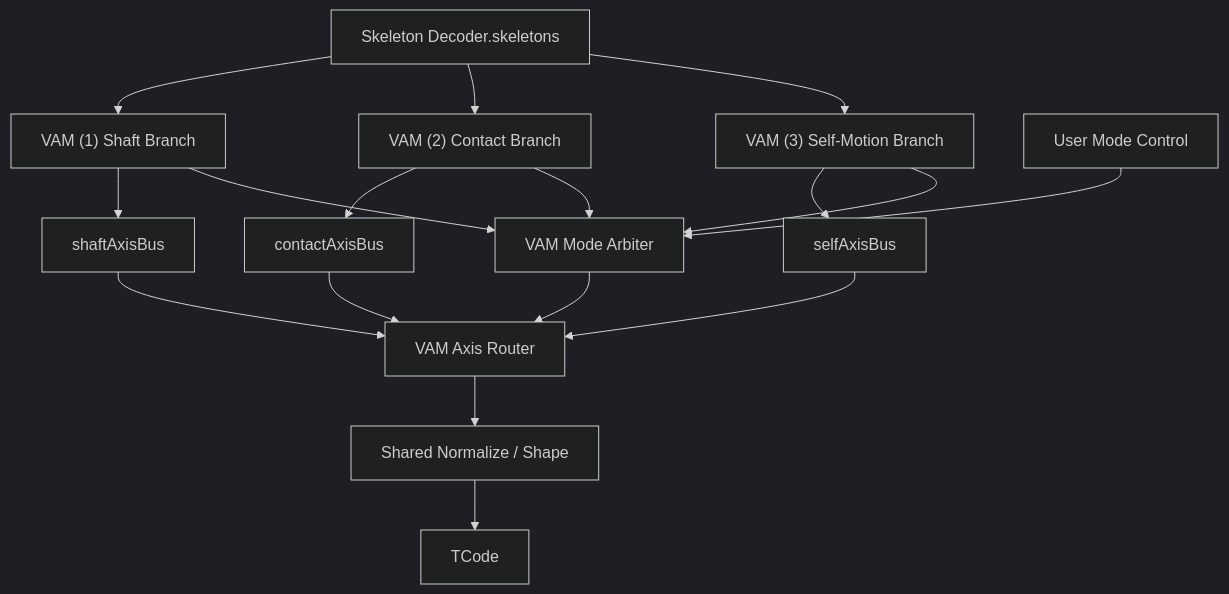
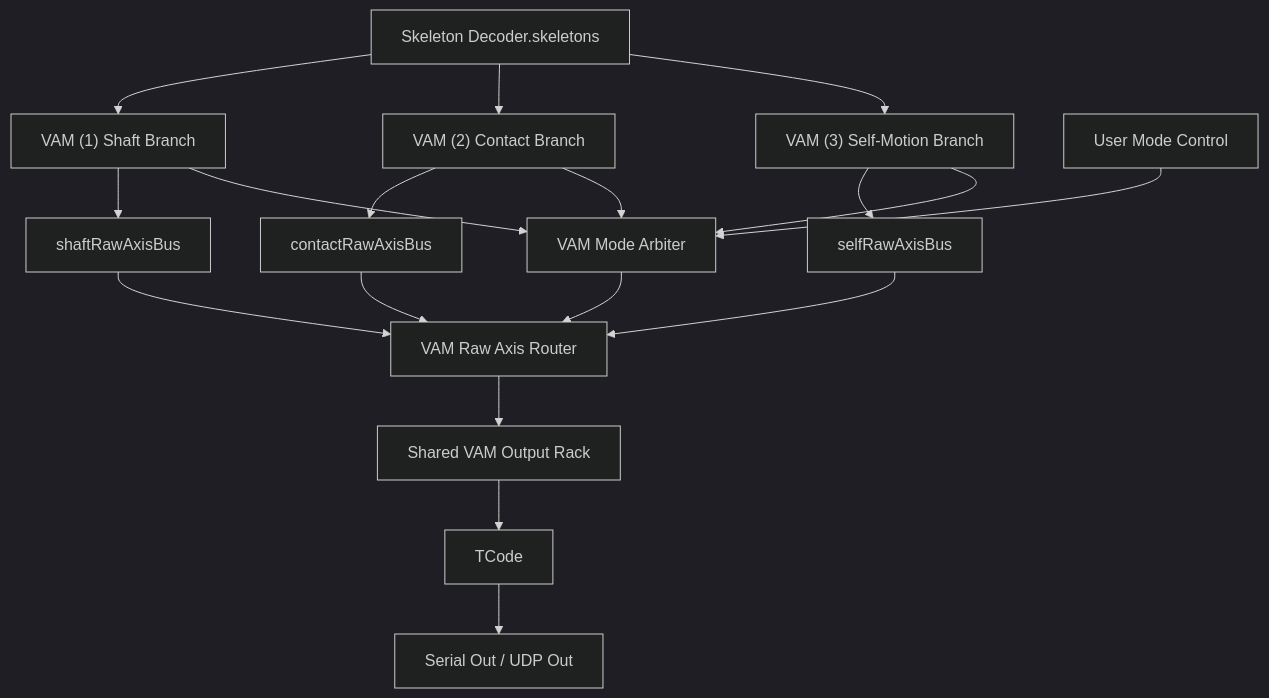
Before and after one commit to FrogThe2nd/f8studio: the first of 2 diagrams in docs/scenarios/vam-unified-mode-arbiter.md, drawn with Mermaid (dark theme). The commit also changed other lines of this file and 3 other files, not shown here.

Commit message:
Unify VAM branch output rack docs

````diff
--- a/docs/scenarios/vam-unified-mode-arbiter.md
+++ b/docs/scenarios/vam-unified-mode-arbiter.md
@@ -15,23 +22,24 @@
 ```mermaid
 flowchart TB
     Skel["Skeleton Decoder.skeletons"] --> Shaft["VAM (1) Shaft Branch"]
     Skel --> Contact["VAM (2) Contact Branch"]
     Skel --> Self["VAM (3) Self-Motion Branch"]
 
-    Shaft --> ShaftBus["shaftAxisBus"]
-    Contact --> ContactBus["contactAxisBus"]
-    Self --> SelfBus["selfAxisBus"]
+    Shaft --> ShaftRaw["shaftRawAxisBus"]
+    Contact --> ContactRaw["contactRawAxisBus"]
+    Self --> SelfRaw["selfRawAxisBus"]
 
     Shaft --> Arb["VAM Mode Arbiter"]
     Contact --> Arb
     Self --> Arb
     User["User Mode Control"] --> Arb
 
-    Arb --> Router["VAM Axis Router"]
-    ShaftBus --> Router
-    ContactBus --> Router
-    SelfBus --> Router
+    Arb --> Router["VAM Raw Axis Router"]
+    ShaftRaw --> Router
+    ContactRaw --> Router
+    SelfRaw --> Router
 
-    Router --> Normalize["Shared Normalize / Shape"]
-    Normalize --> TCode["TCode"]
+    Router --> Rack["Shared VAM Output Rack"]
+    Rack --> TCode["TCode"]
+    TCode --> Out["Serial Out / UDP Out"]
 ```
````
